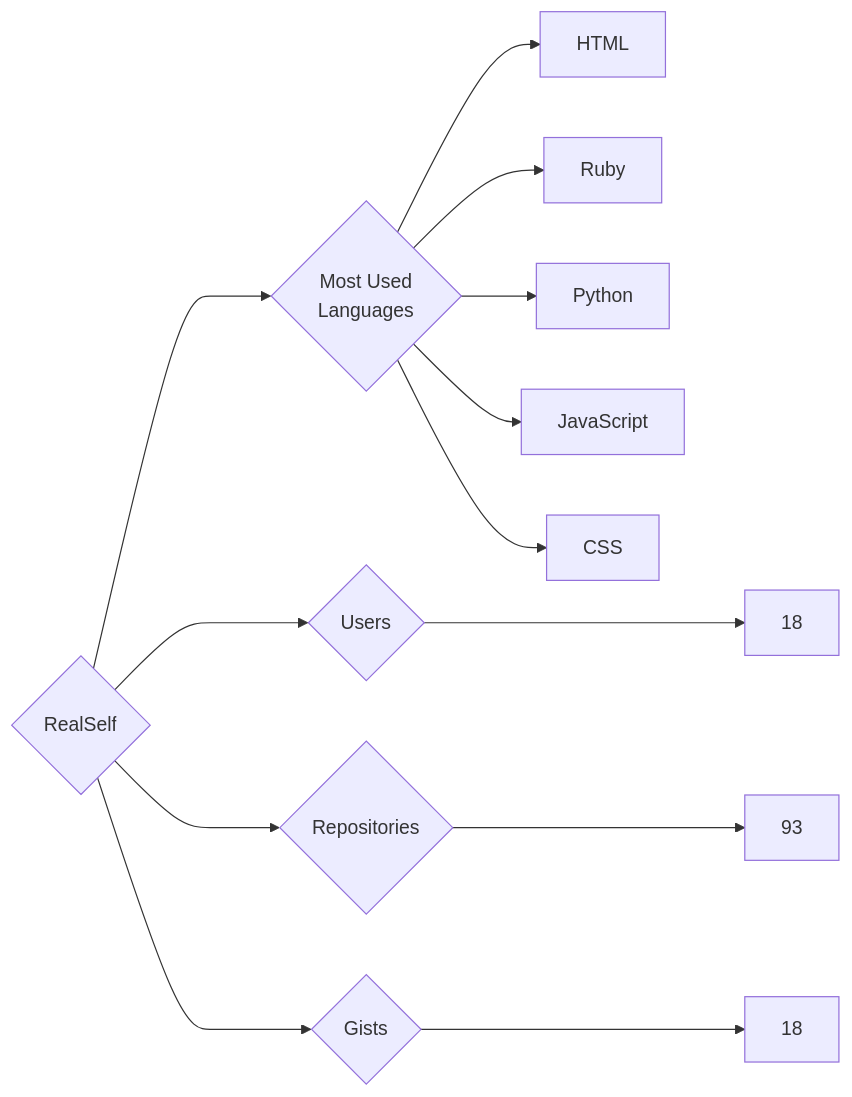
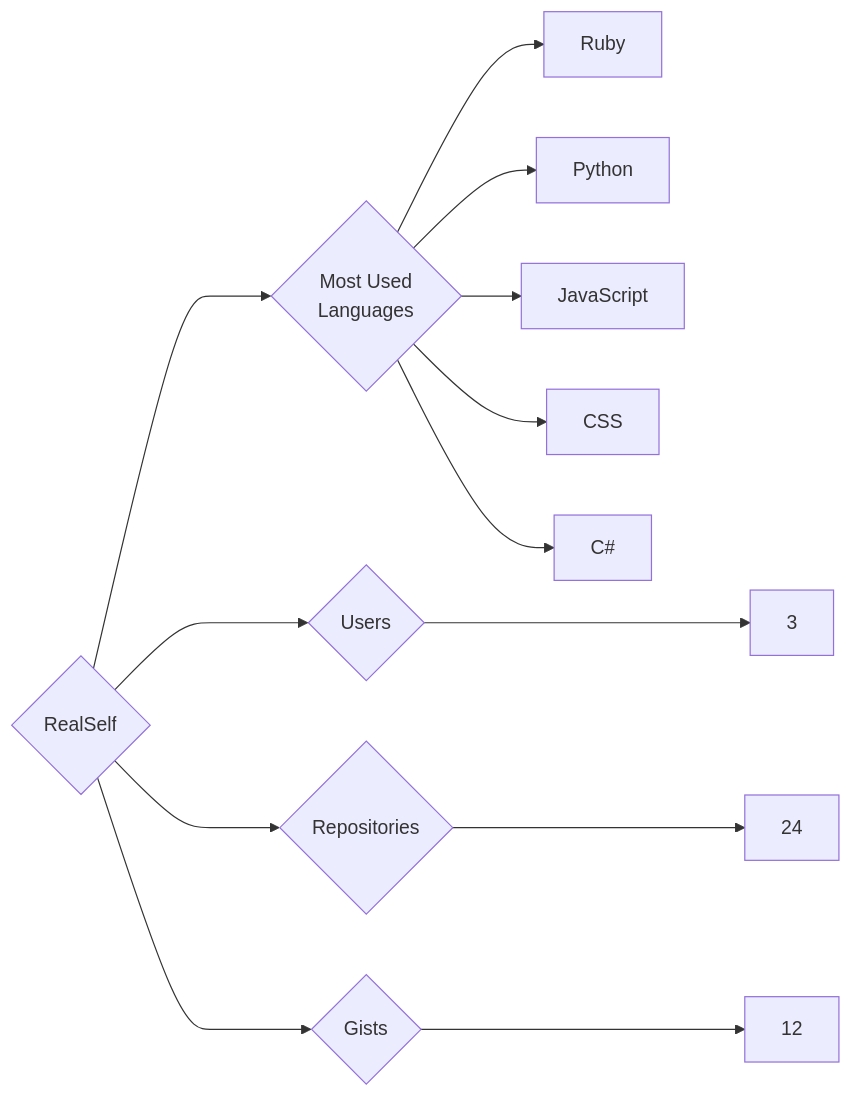
One commit to trickest/insiders changed the diagram in targets/RealSelf/README.md. Above: the diagram before and after it, drawn with Mermaid. The commit also changed 1011 other files, not shown here.

````diff
--- a/targets/RealSelf/README.md
+++ b/targets/RealSelf/README.md
@@ -3,13 +3,13 @@
 ```mermaid
 graph LR
 COMPANY_NAME{RealSelf}
-COMPANY_NAME ---> U{Users} ---> UN[18]
-COMPANY_NAME ---> R{Repositories} ---> RN[93]
-COMPANY_NAME ---> G{Gists} ---> GN[18]
+COMPANY_NAME ---> U{Users} ---> UN[3]
+COMPANY_NAME ---> R{Repositories} ---> RN[24]
+COMPANY_NAME ---> G{Gists} ---> GN[12]
 COMPANY_NAME ---> ML{Most Used<br>Languages}
-ML --> HTML[HTML]
 ML --> Ruby[Ruby]
 ML --> Python[Python]
 ML --> JavaScript[JavaScript]
 ML --> CSS[CSS]
+ML --> C#[C#]
 ```
````
